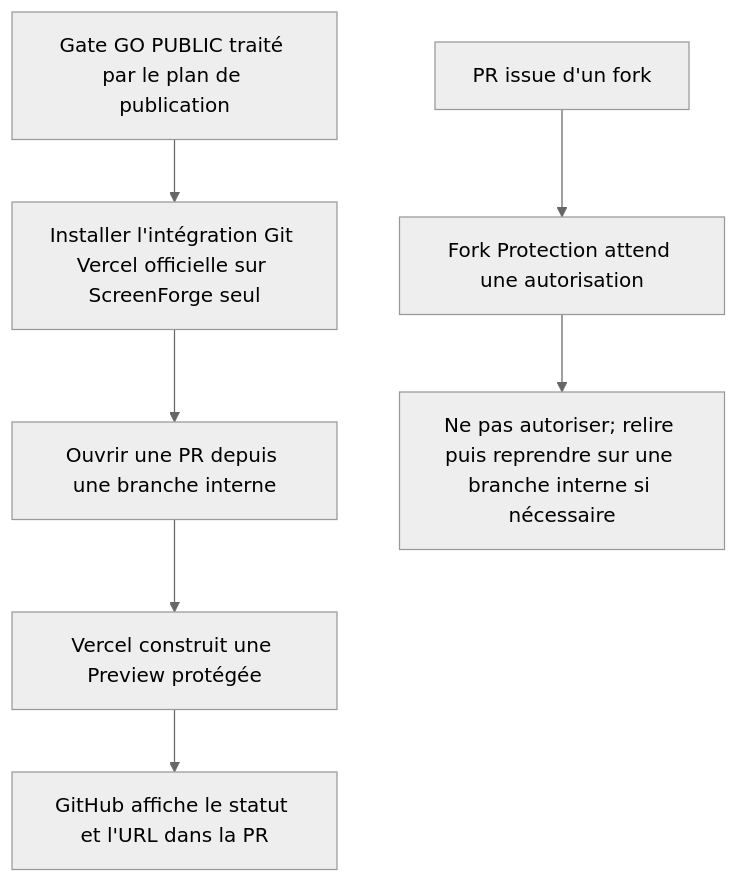
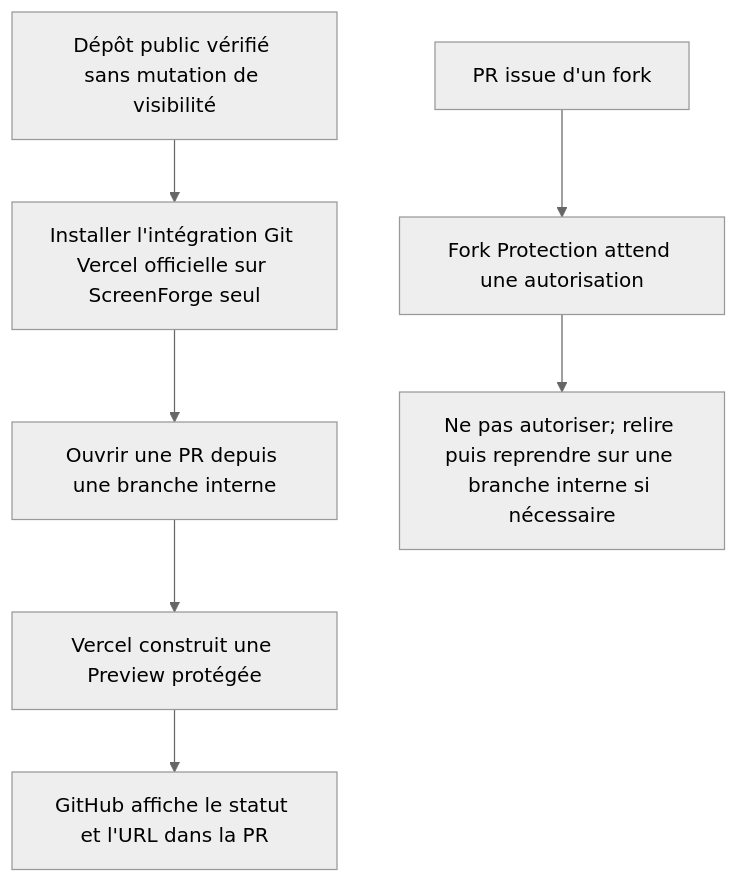
Before and after one commit to neogenz/screenforge: the first of 2 diagrams in aidd_docs/tasks/2026_08/2026_08_16_vercel-pr-previews/phase-3.md, drawn with Mermaid (neutral theme). The commit also changed other lines of this file and 139 other files, not shown here.

````diff
--- a/aidd_docs/tasks/2026_08/2026_08_16_vercel-pr-previews/phase-3.md
+++ b/aidd_docs/tasks/2026_08/2026_08_16_vercel-pr-previews/phase-3.md
@@ -23,9 +23,9 @@
 ```mermaid
 flowchart TD
-  A["Gate GO PUBLIC traité par le plan de publication"] --> B["Installer l'intégration Git Vercel officielle sur ScreenForge seul"]
+  A["Dépôt public vérifié sans mutation de visibilité"] --> B["Installer l'intégration Git Vercel officielle sur ScreenForge seul"]
   B --> C["Ouvrir une PR depuis une branche interne"]
   C --> D["Vercel construit une Preview protégée"]
   D --> E["GitHub affiche le statut et l'URL dans la PR"]
   F["PR issue d'un fork"] --> G["Fork Protection attend une autorisation"]
   G --> H["Ne pas autoriser; relire puis reprendre sur une branche interne si nécessaire"]
 ```
````
